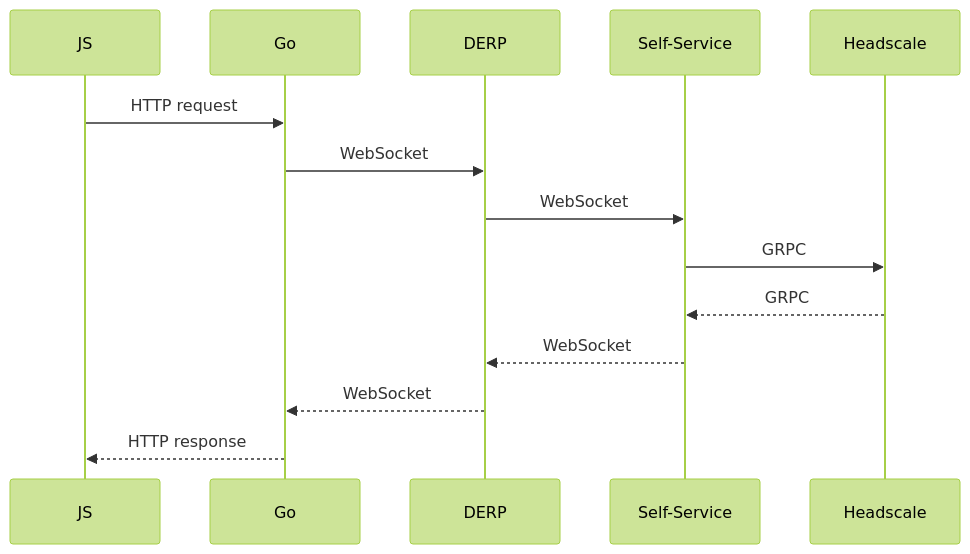
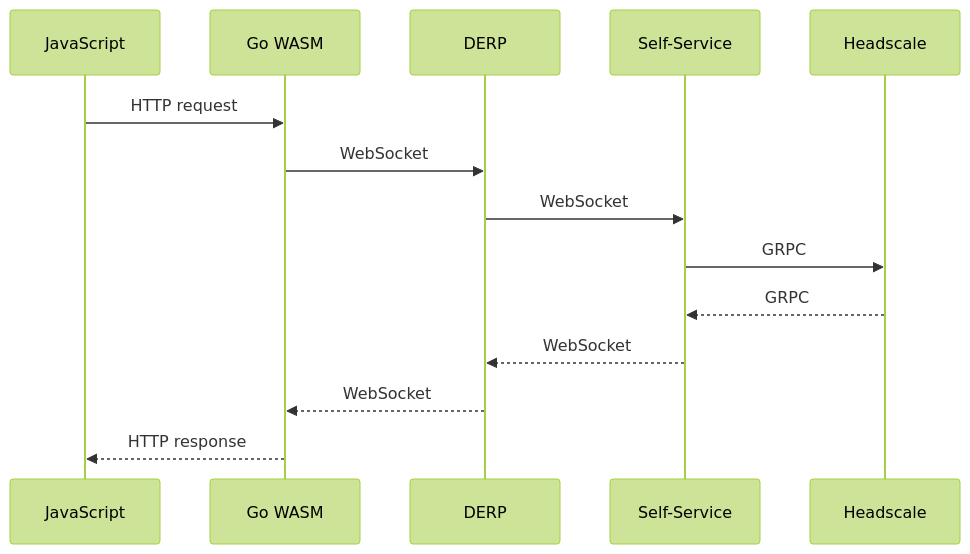
The fifth of 5 diagrams in README.md (rickli-cloud/headscale-console), drawn with Mermaid (forest theme) before and after one commit. The commit also changed other lines of this file and 1 other file, not shown here.

````diff
--- a/README.md
+++ b/README.md
@@ -196,12 +252,18 @@
 ```mermaid
 sequenceDiagram
-    JS ->> Go: HTTP request
-    Go ->> DERP: WebSocket
-    DERP ->> Self-Service: WebSocket
-    Self-Service ->> Headscale : GRPC
+    Participant js as JavaScript
+    Participant go as Go WASM
+    Participant derp as DERP
+    Participant selfservice as Self-Service
+    Participant headscale as Headscale
 
-    Headscale -->> Self-Service : GRPC
-    Self-Service -->> DERP: WebSocket
-    DERP -->> Go: WebSocket
-    Go -->> JS: HTTP response
+    js ->> go: HTTP request
+    go ->> derp: WebSocket
+    derp ->> selfservice: WebSocket
+    selfservice ->> headscale : GRPC
+
+    headscale -->> selfservice : GRPC
+    selfservice -->> derp: WebSocket
+    derp -->> go: WebSocket
+    go -->> js: HTTP response
 ```
````
